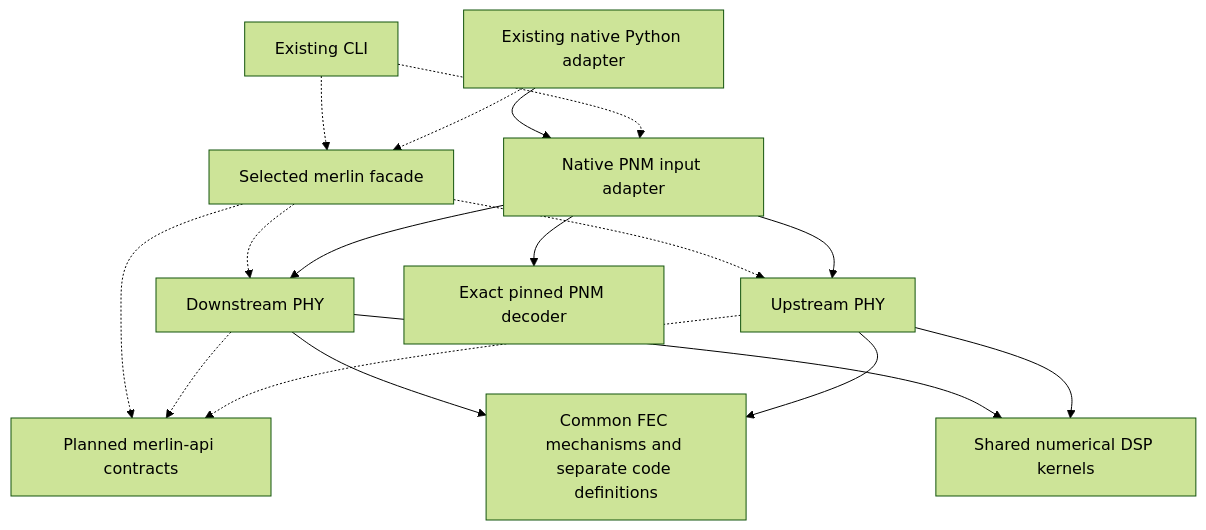
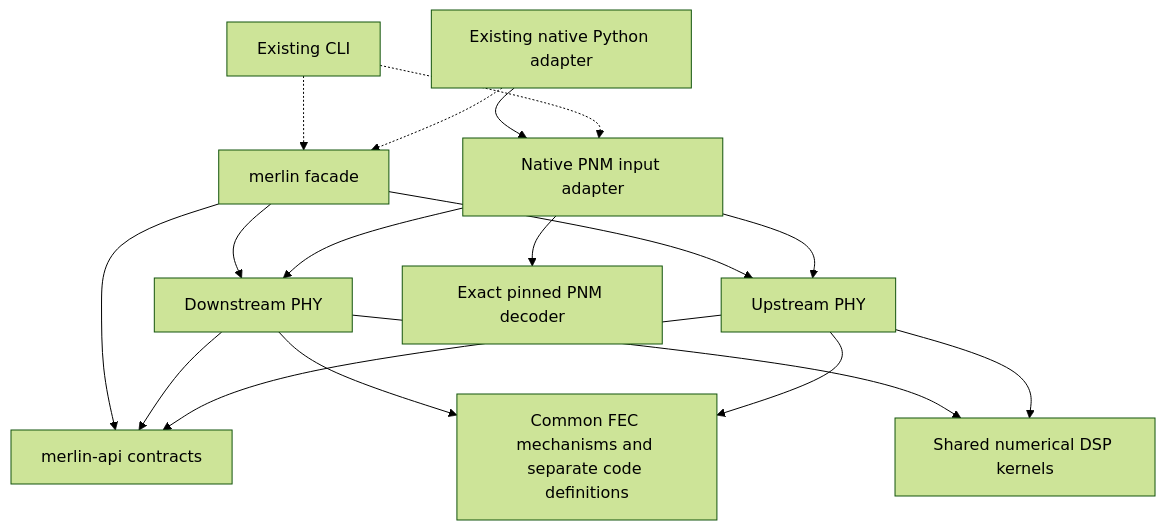
The first of 5 diagrams in docs/architecture.md (mgarcia01752/merlin), drawn with Mermaid (forest theme) before and after one commit. The commit also changed other lines of this file and 32 other files, not shown here.

````diff
--- a/docs/architecture.md
+++ b/docs/architecture.md
@@ -138,19 +138,19 @@
 ```mermaid
 flowchart TD
-    CLI[Existing CLI] -.-> ROOT[Selected merlin facade]
+    CLI[Existing CLI] -.-> ROOT[merlin facade]
     PY[Existing native Python adapter] -.-> ROOT
-    ROOT -.-> DS[Downstream PHY]
-    ROOT -.-> US[Upstream PHY]
-    ROOT -.-> API[Planned merlin-api contracts]
-    DS -.-> API
-    US -.-> API
+    ROOT --> DS[Downstream PHY]
+    ROOT --> US[Upstream PHY]
+    ROOT --> API[merlin-api contracts]
+    DS --> API
+    US --> API
     PY --> INPUT[Native PNM input adapter]
     CLI -.-> INPUT
     INPUT --> DS
     INPUT --> US
     INPUT --> PNM[Exact pinned PNM decoder]
     DS --> FEC[Common FEC mechanisms and separate code definitions]
     US --> FEC
     DS --> DSP[Shared numerical DSP kernels]
     US --> DSP
 ```
````
